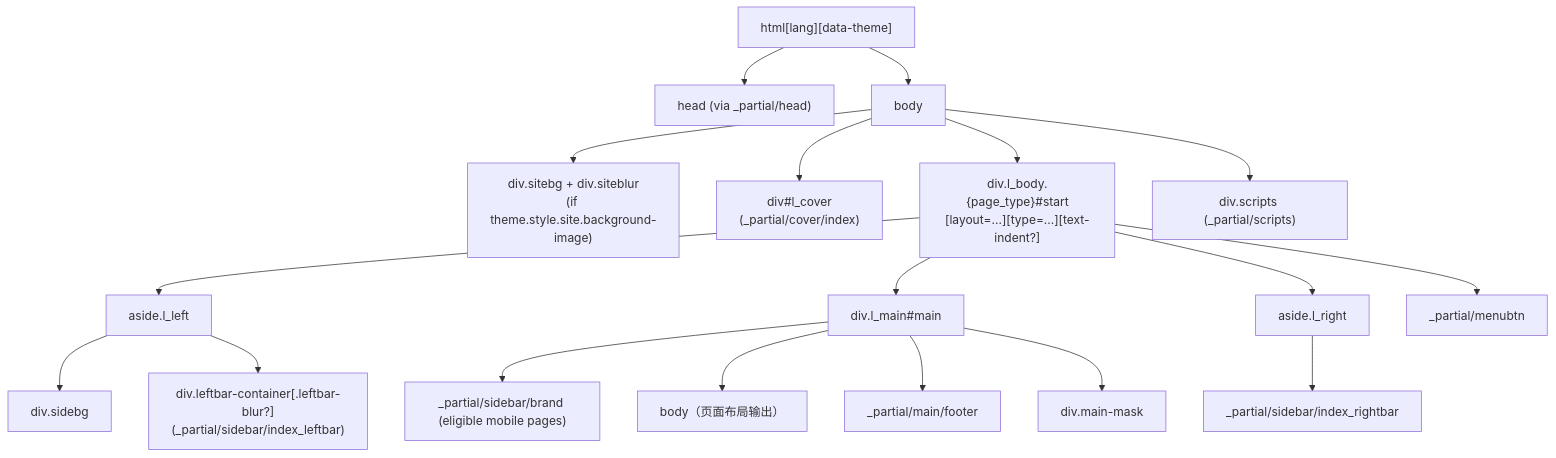
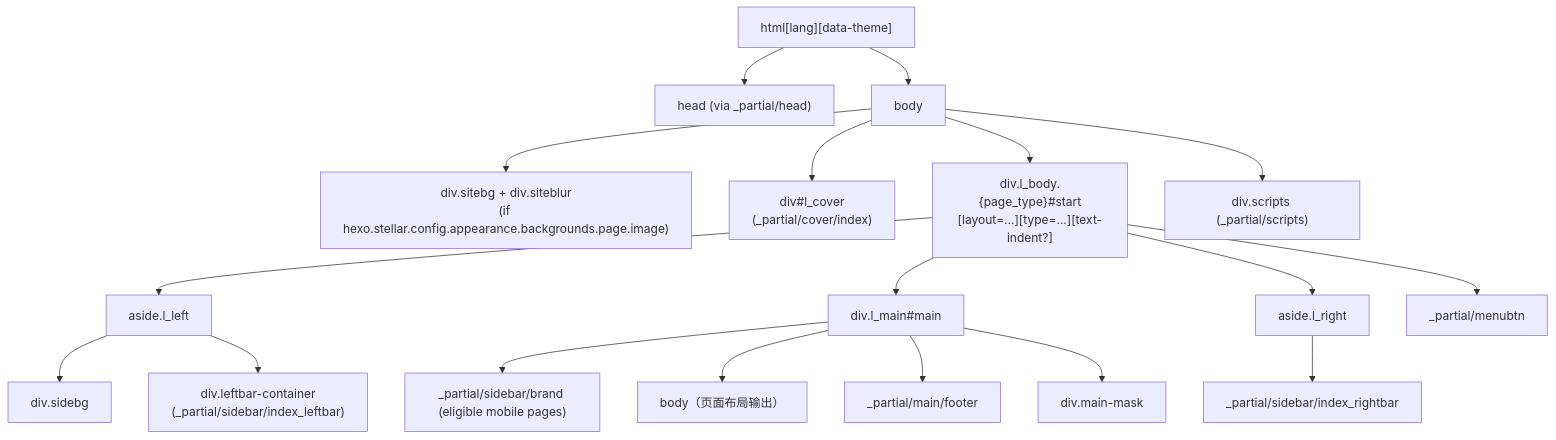
The third of 3 diagrams in docs/knowledge/02-布局系统/layout-overview.md (xaoxuu/hexo-theme-stellar), drawn with Mermaid before and after one commit. The commit also changed other lines of this file and 79 other files, not shown here.

````diff
--- a/docs/knowledge/02-布局系统/layout-overview.md
+++ b/docs/knowledge/02-布局系统/layout-overview.md
@@ -191,25 +191,25 @@
 ```mermaid
 graph TD
     HTML["html[lang][data-theme]"]
     HTML --> HEAD["head (via _partial/head)"]
     HTML --> BODY["body"]
     BODY --> SITEBG["div.sitebg + div.siteblur
-(if theme.style.site.background-image)"]
+(if hexo.stellar.config.appearance.backgrounds.page.image)"]
     BODY --> LCOVER["div#l_cover
 (_partial/cover/index)"]
     BODY --> LBODY["div.l_body.{page_type}#start
 [layout=...][type=...][text-indent?]"]
     LBODY --> LLEFT["aside.l_left"]
     LBODY --> LMAIN["div.l_main#main"]
     LBODY --> LRIGHT["aside.l_right"]
     LBODY --> MENUBTN["_partial/menubtn"]
     LLEFT --> SIDEBG["div.sidebg"]
-    LLEFT --> LEFTBAR["div.leftbar-container[.leftbar-blur?]
+    LLEFT --> LEFTBAR["div.leftbar-container
 (_partial/sidebar/index_leftbar)"]
     LMAIN --> BRAND["_partial/sidebar/brand (eligible mobile pages)"]
     LMAIN --> PAGEBODY["body（页面布局输出）"]
     LMAIN --> FOOTER["_partial/main/footer"]
     LMAIN --> MAINMASK["div.main-mask"]
     LRIGHT --> RIGHTBAR["_partial/sidebar/index_rightbar"]
     BODY --> SCRIPTS["div.scripts (_partial/scripts)"]
 ```
````
